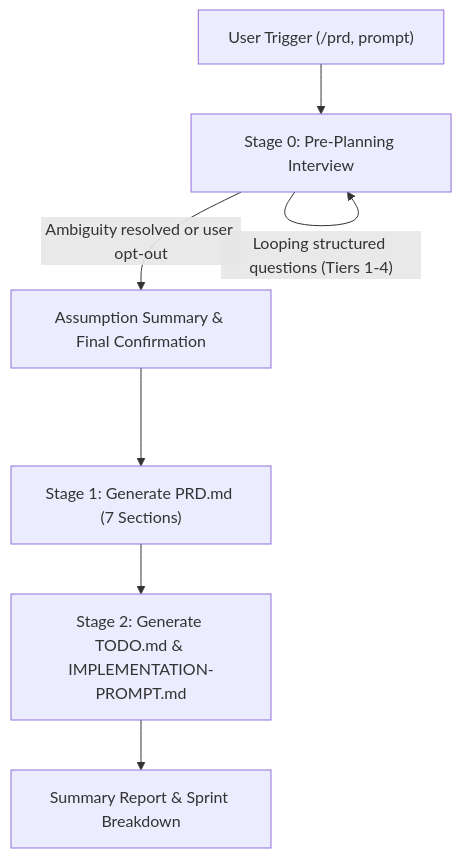
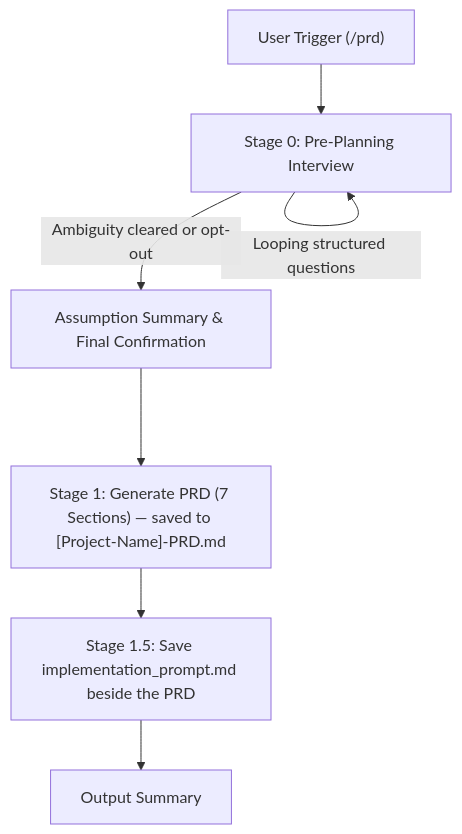
One commit to Badroel07/PRD-Generator changed the diagram in README.md. Above: the diagram before and after it, drawn with Mermaid. The commit also changed other lines of this file and 5 other files, not shown here.

````diff
--- a/README.md
+++ b/README.md
@@ -36,9 +37,9 @@
 ```mermaid
 graph TD
-    A["User Trigger (/prd, prompt)"] --> B["Stage 0: Pre-Planning Interview"]
-    B -->|"Looping structured questions (Tiers 1-4)"| B
-    B -->|"Ambiguity resolved or user opt-out"| C["Assumption Summary & Final Confirmation"]
-    C --> D["Stage 1: Generate PRD.md (7 Sections)"]
-    D --> E["Stage 2: Generate TODO.md & IMPLEMENTATION-PROMPT.md"]
-    E --> F["Summary Report & Sprint Breakdown"]
+    A["User Trigger (/prd)"] --> B["Stage 0: Pre-Planning Interview"]
+    B -->|"Looping structured questions"| B
+    B -->|"Ambiguity cleared or opt-out"| C["Assumption Summary & Final Confirmation"]
+    C --> D["Stage 1: Generate PRD (7 Sections) — saved to [Project-Name]-PRD.md"]
+    D --> E["Stage 1.5: Save implementation_prompt.md beside the PRD"]
+    E --> F["Output Summary"]
 ```
````
